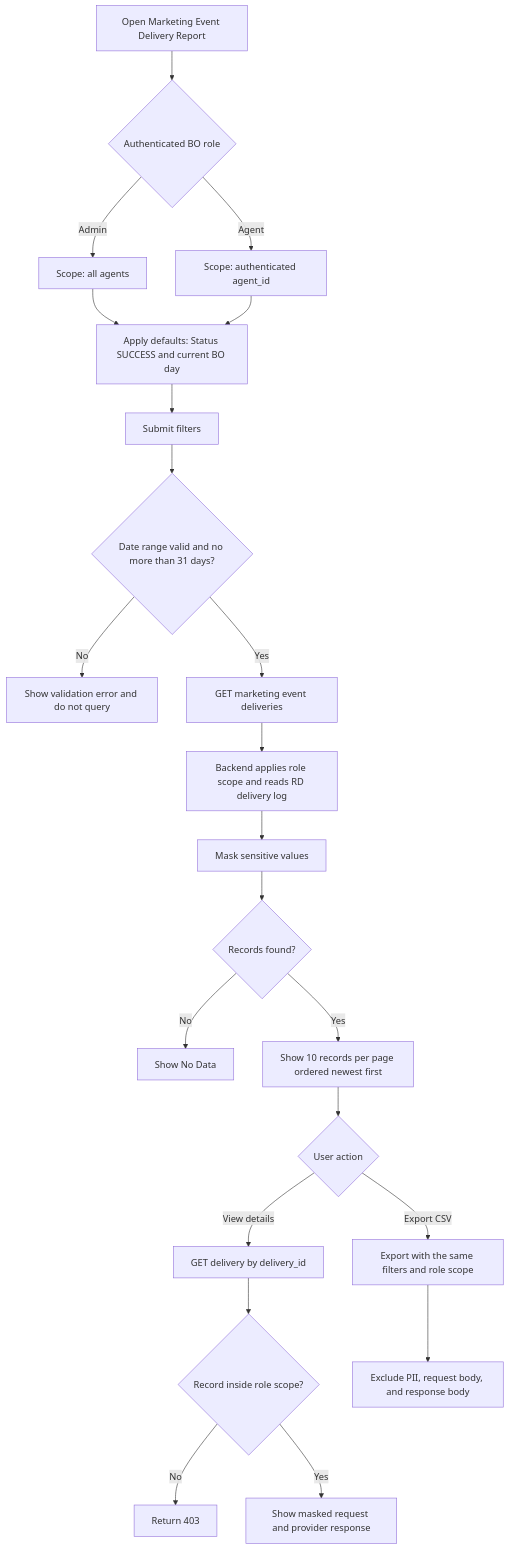
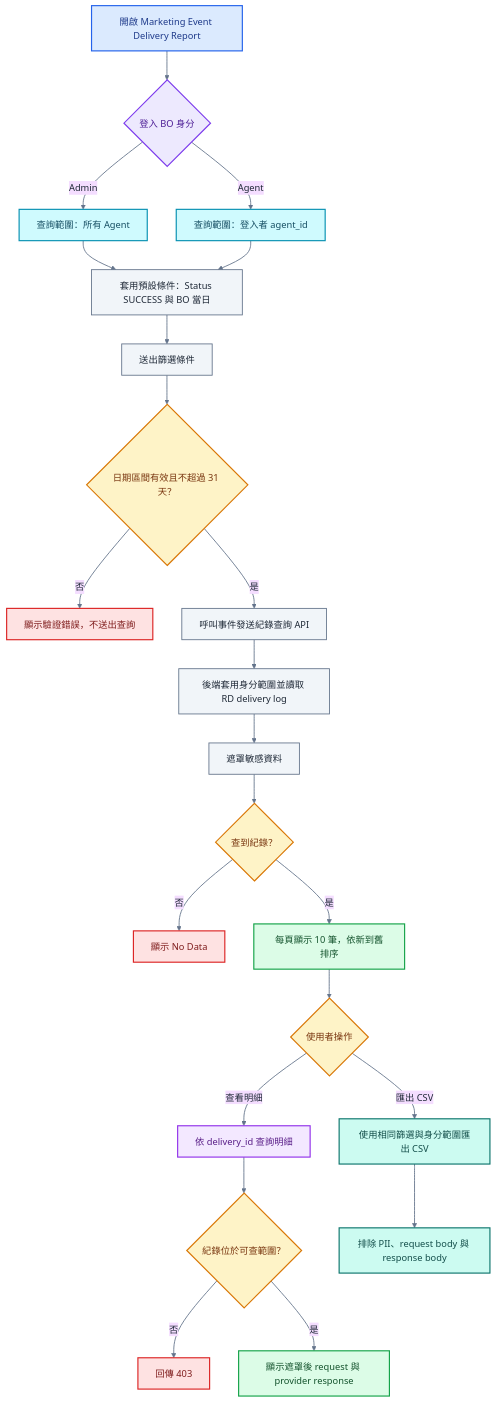
The diagram in marketing-event-delivery-report/marketing_event_delivery_report_PRD_flow.md (guswei/betally-bo-mockup), drawn with Mermaid before and after one commit. The commit also changed 1 other file, not shown here.

Commit message:
Localize and color report flow diagram

````diff
--- a/marketing-event-delivery-report/marketing_event_delivery_report_PRD_flow.md
+++ b/marketing-event-delivery-report/marketing_event_delivery_report_PRD_flow.md
@@ -5,24 +5,46 @@
 ```mermaid
+%%{init: {"theme": "base", "themeVariables": {"background": "#ffffff", "fontFamily": "Arial, Noto Sans TC, sans-serif", "lineColor": "#64748b", "primaryTextColor": "#1f2937"}}}%%
 flowchart TD
-    A[Open Marketing Event Delivery Report] --> B{Authenticated BO role}
-    B -->|Admin| C[Scope: all agents]
-    B -->|Agent| D[Scope: authenticated agent_id]
-    C --> E[Apply defaults: Status SUCCESS and current BO day]
+    A["開啟 Marketing Event Delivery Report"] --> B{"登入 BO 身分"}
+    B -->|Admin| C["查詢範圍：所有 Agent"]
+    B -->|Agent| D["查詢範圍：登入者 agent_id"]
+    C --> E["套用預設條件：Status SUCCESS 與 BO 當日"]
     D --> E
-    E --> F[Submit filters]
-    F --> G{Date range valid and no more than 31 days?}
-    G -->|No| H[Show validation error and do not query]
-    G -->|Yes| I[GET marketing event deliveries]
-    I --> J[Backend applies role scope and reads RD delivery log]
-    J --> K[Mask sensitive values]
-    K --> L{Records found?}
-    L -->|No| M[Show No Data]
-    L -->|Yes| N[Show 10 records per page ordered newest first]
-    N --> O{User action}
-    O -->|View details| P[GET delivery by delivery_id]
-    P --> Q{Record inside role scope?}
-    Q -->|No| R[Return 403]
-    Q -->|Yes| S[Show masked request and provider response]
-    O -->|Export CSV| T[Export with the same filters and role scope]
-    T --> U[Exclude PII, request body, and response body]
+    E --> F["送出篩選條件"]
+    F --> G{"日期區間有效且不超過 31 天？"}
+    G -->|否| H["顯示驗證錯誤，不送出查詢"]
+    G -->|是| I["呼叫事件發送紀錄查詢 API"]
+    I --> J["後端套用身分範圍並讀取 RD delivery log"]
+    J --> K["遮罩敏感資料"]
+    K --> L{"查到紀錄？"}
+    L -->|否| M["顯示 No Data"]
+    L -->|是| N["每頁顯示 10 筆，依新到舊排序"]
+    N --> O{"使用者操作"}
+    O -->|查看明細| P["依 delivery_id 查詢明細"]
+    P --> Q{"紀錄位於可查範圍？"}
+    Q -->|否| R["回傳 403"]
+    Q -->|是| S["顯示遮罩後 request 與 provider response"]
+    O -->|匯出 CSV| T["使用相同篩選與身分範圍匯出 CSV"]
+    T --> U["排除 PII、request body 與 response body"]
+
+    classDef start fill:#dbeafe,stroke:#2563eb,stroke-width:2px,color:#1e3a8a;
+    classDef identity fill:#ede9fe,stroke:#7c3aed,stroke-width:2px,color:#4c1d95;
+    classDef scope fill:#cffafe,stroke:#0891b2,stroke-width:2px,color:#164e63;
+    classDef action fill:#f1f5f9,stroke:#64748b,stroke-width:1.5px,color:#1f2937;
+    classDef decision fill:#fef3c7,stroke:#d97706,stroke-width:2px,color:#78350f;
+    classDef success fill:#dcfce7,stroke:#16a34a,stroke-width:2px,color:#14532d;
+    classDef error fill:#fee2e2,stroke:#dc2626,stroke-width:2px,color:#7f1d1d;
+    classDef detail fill:#f3e8ff,stroke:#9333ea,stroke-width:2px,color:#581c87;
+    classDef export fill:#ccfbf1,stroke:#0f766e,stroke-width:2px,color:#134e4a;
+
+    class A start;
+    class B identity;
+    class C,D scope;
+    class E,F,I,J,K action;
+    class G,L,O,Q decision;
+    class N,S success;
+    class H,M,R error;
+    class P detail;
+    class T,U export;
+    linkStyle default stroke:#64748b,stroke-width:1.5px;
 ```
````
